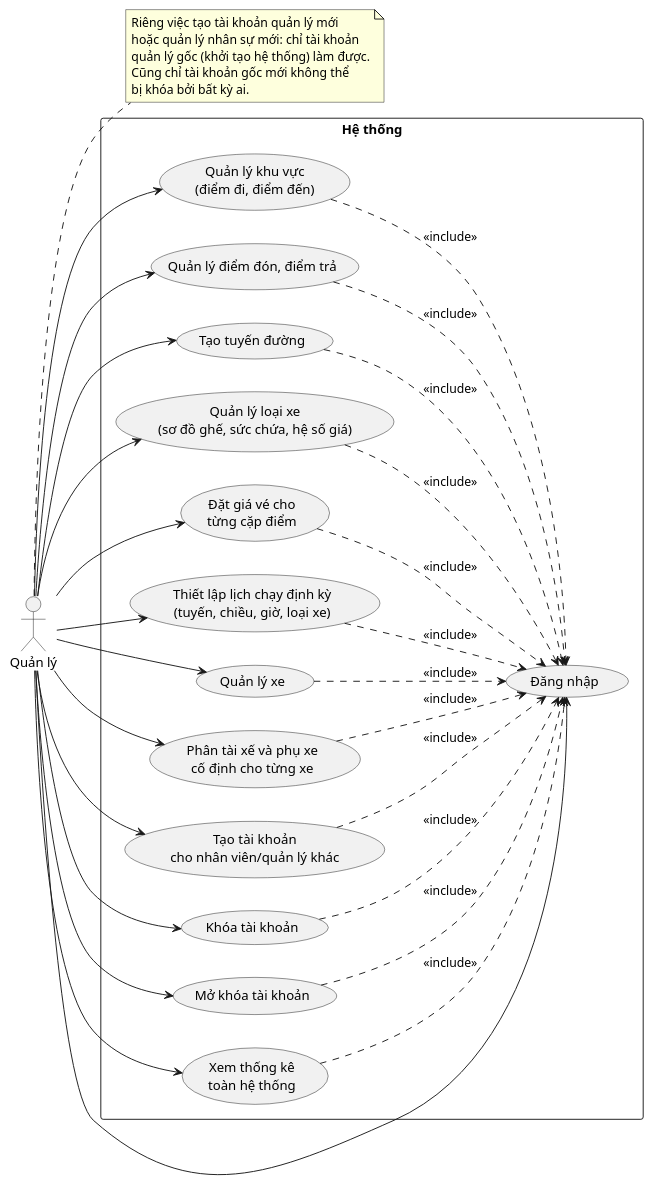
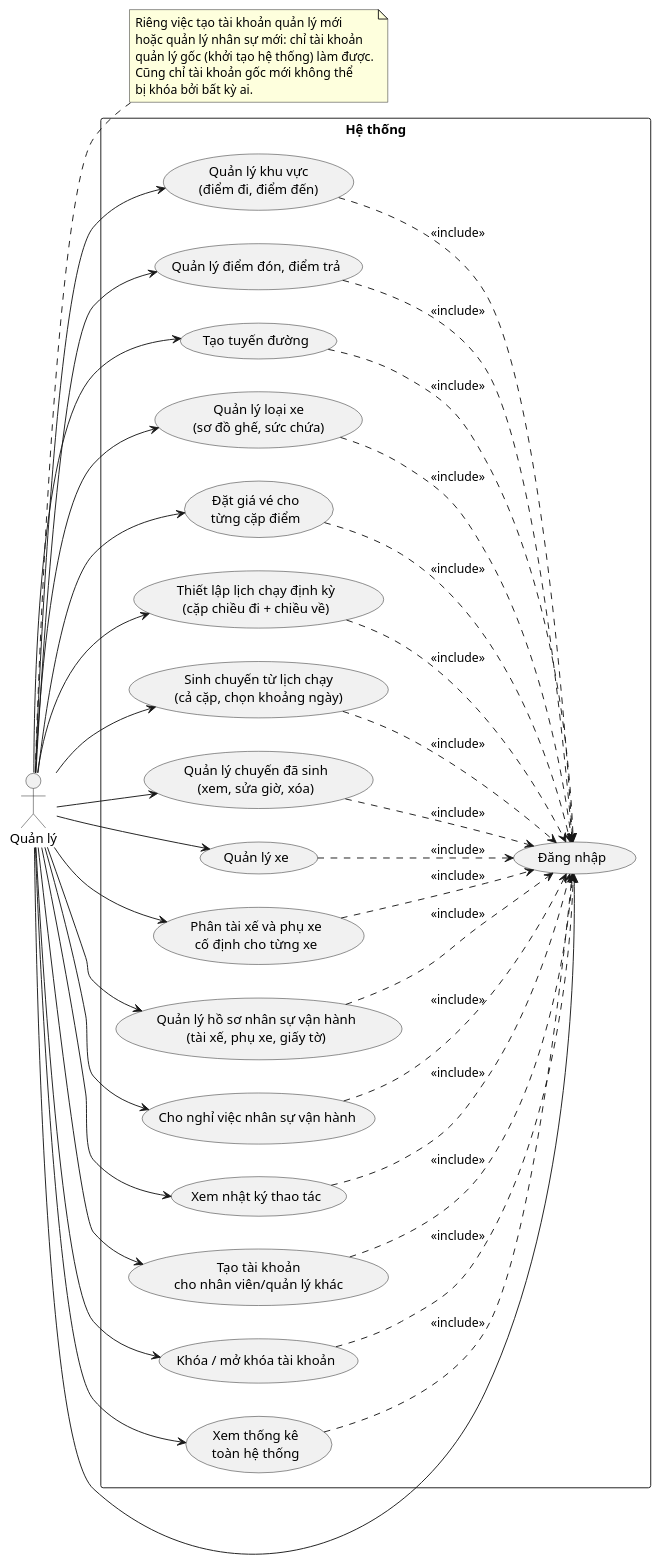
One commit to nguyenvietanhit19/Project1_HeThongQuanLyNhaXeKhachLienTinh changed the sixth of 53 diagrams in UML_DIAGRAMS.md. Above: the diagram before and after it, drawn with PlantUML. The commit also changed other lines of this file and 316 other files, not shown here.

````diff
--- a/UML_DIAGRAMS.md
+++ b/UML_DIAGRAMS.md
@@ -204,56 +193,68 @@
 ```plantuml
 @startuml UseCase_QuanLy
 left to right direction
 actor "Quản lý" as QL
 note right of QL
   Riêng việc tạo tài khoản quản lý mới
   hoặc quản lý nhân sự mới: chỉ tài khoản
   quản lý gốc (khởi tạo hệ thống) làm được.
   Cũng chỉ tài khoản gốc mới không thể
   bị khóa bởi bất kỳ ai.
 end note
 
 rectangle "Hệ thống" {
   usecase "Đăng nhập" as UC02
   usecase "Quản lý khu vực\n(điểm đi, điểm đến)" as UC29
   usecase "Quản lý điểm đón, điểm trả" as UC30
   usecase "Tạo tuyến đường" as UC31
-  usecase "Quản lý loại xe\n(sơ đồ ghế, sức chứa, hệ số giá)" as UC32
+  usecase "Quản lý loại xe\n(sơ đồ ghế, sức chứa)" as UC32
   usecase "Đặt giá vé cho\ntừng cặp điểm" as UC33
-  usecase "Thiết lập lịch chạy định kỳ\n(tuyến, chiều, giờ, loại xe)" as UC18
+  usecase "Thiết lập lịch chạy định kỳ\n(cặp chiều đi + chiều về)" as UC18
+  usecase "Sinh chuyến từ lịch chạy\n(cả cặp, chọn khoảng ngày)" as UC47
+  usecase "Quản lý chuyến đã sinh\n(xem, sửa giờ, xóa)" as UC48
   usecase "Quản lý xe" as UC34
   usecase "Phân tài xế và phụ xe\ncố định cho từng xe" as UC35
+  usecase "Quản lý hồ sơ nhân sự vận hành\n(tài xế, phụ xe, giấy tờ)" as UC49
+  usecase "Cho nghỉ việc nhân sự vận hành" as UC51
+  usecase "Xem nhật ký thao tác" as UC52
   usecase "Tạo tài khoản\ncho nhân viên/quản lý khác" as UC36
-  usecase "Khóa tài khoản" as UC37
-  usecase "Mở khóa tài khoản" as UC38
+  usecase "Khóa / mở khóa tài khoản" as UC37
   usecase "Xem thống kê\ntoàn hệ thống" as UC39
 }
 
 QL --> UC02
 QL --> UC29
 QL --> UC30
 QL --> UC31
 QL --> UC32
 QL --> UC33
 QL --> UC18
+QL --> UC47
+QL --> UC48
 QL --> UC34
 QL --> UC35
+QL --> UC49
+QL --> UC51
+QL --> UC52
 QL --> UC36
 QL --> UC37
-QL --> UC38
 QL --> UC39
 
 UC29 ..> UC02 : <<include>>
 UC30 ..> UC02 : <<include>>
 UC31 ..> UC02 : <<include>>
 UC32 ..> UC02 : <<include>>
 UC33 ..> UC02 : <<include>>
 UC18 ..> UC02 : <<include>>
+UC47 ..> UC02 : <<include>>
+UC48 ..> UC02 : <<include>>
 UC34 ..> UC02 : <<include>>
 UC35 ..> UC02 : <<include>>
+UC49 ..> UC02 : <<include>>
+UC51 ..> UC02 : <<include>>
+UC52 ..> UC02 : <<include>>
 UC36 ..> UC02 : <<include>>
 UC37 ..> UC02 : <<include>>
-UC38 ..> UC02 : <<include>>
 UC39 ..> UC02 : <<include>>
 @enduml
 ```
````
